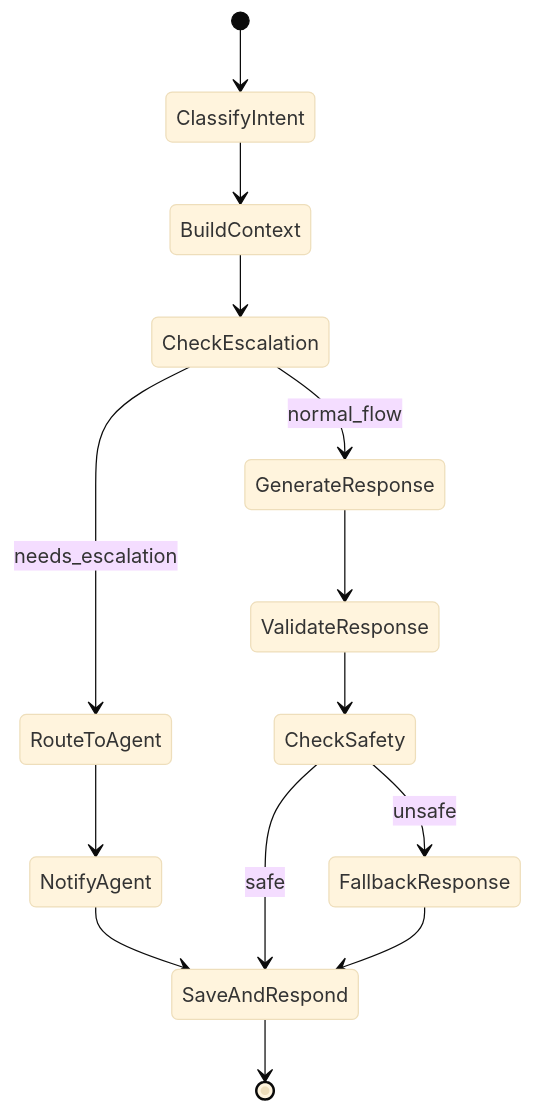
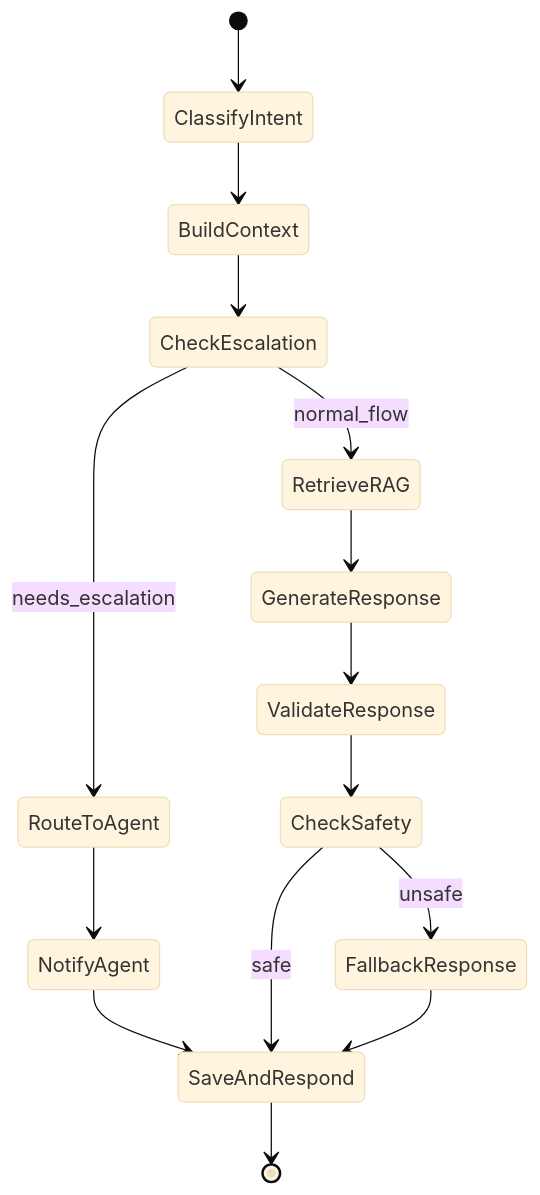
The sixth of 9 diagrams in docs/architecture/system-design.md (jujubear24/ai-customer-service-bot), drawn with Mermaid (base theme) before and after one commit. The commit also changed other lines of this file, not shown here.

First line of the commit message:
docs(architecture): update system-design.md for Phase 2 completion

````diff
--- a/docs/architecture/system-design.md
+++ b/docs/architecture/system-design.md
@@ -199,21 +288,23 @@
 ```mermaid
 stateDiagram-v2
     [*] --> ClassifyIntent
     ClassifyIntent --> BuildContext
     BuildContext --> CheckEscalation
 
     CheckEscalation --> RouteToAgent: needs_escalation
-    CheckEscalation --> GenerateResponse: normal_flow
+    CheckEscalation --> RetrieveRAG: normal_flow
 
+    RetrieveRAG --> GenerateResponse
     GenerateResponse --> ValidateResponse
+
     ValidateResponse --> CheckSafety
 
     CheckSafety --> SaveAndRespond: safe
     CheckSafety --> FallbackResponse: unsafe
 
     RouteToAgent --> NotifyAgent
     NotifyAgent --> SaveAndRespond
 
     FallbackResponse --> SaveAndRespond
     SaveAndRespond --> [*]
 ```
````
